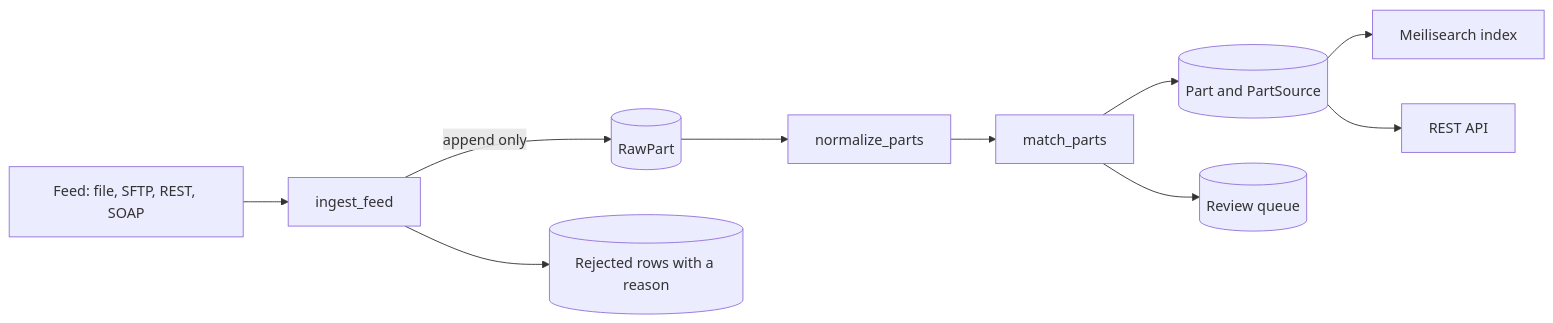
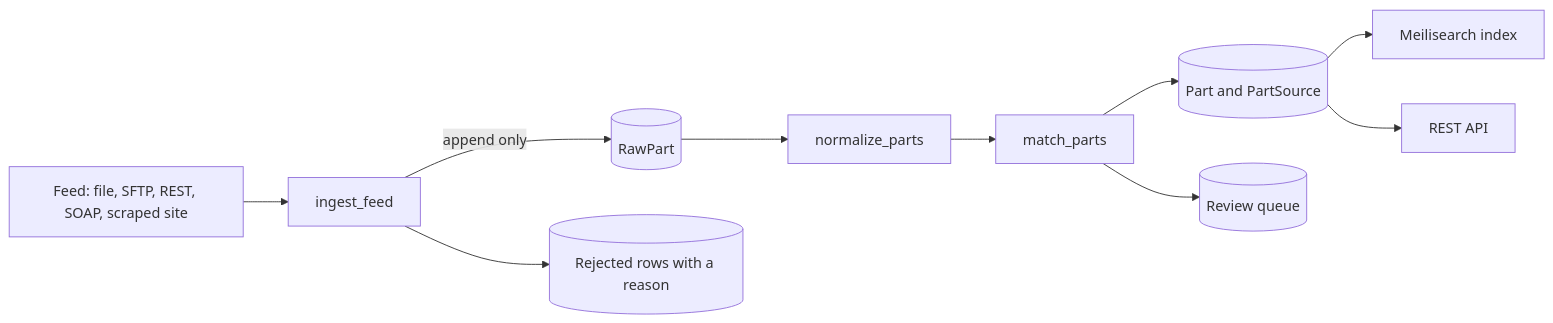
Before and after one commit to Exalt24/camlobe: the diagram in README.md, drawn with Mermaid. The commit also changed other lines of this file and 6 other files, not shown here.

````diff
--- a/README.md
+++ b/README.md
@@ -27,12 +27,12 @@
 ```mermaid
 flowchart LR
-  F[Feed: file, SFTP, REST, SOAP] --> I[ingest_feed]
+  F[Feed: file, SFTP, REST, SOAP, scraped site] --> I[ingest_feed]
   I -->|append only| R[(RawPart)]
   I --> X[(Rejected rows with a reason)]
   R --> N[normalize_parts]
   N --> M[match_parts]
   M --> P[(Part and PartSource)]
   M --> Q[(Review queue)]
   P --> S[Meilisearch index]
   P --> A[REST API]
 ```
````
